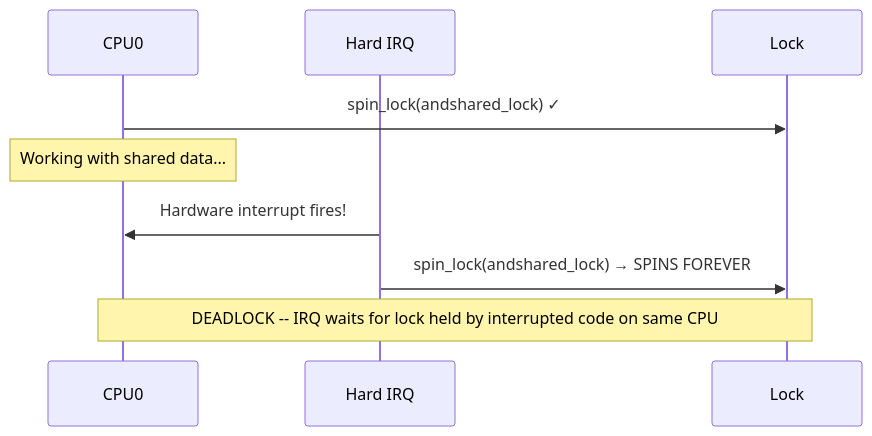
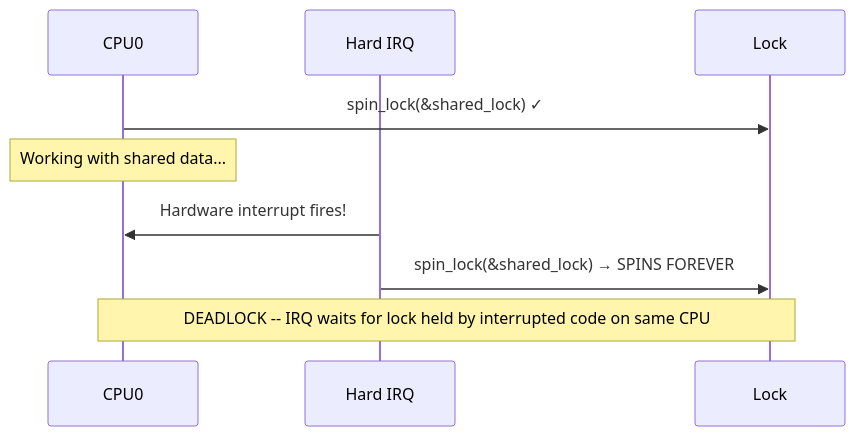
Before and after one commit to vanos001/placement_prep: the first of 4 diagrams in src/linux/kernel/sync/spinlocks.md, drawn with Mermaid. The commit also changed 10 other files, not shown here.

````diff
--- a/src/linux/kernel/sync/spinlocks.md
+++ b/src/linux/kernel/sync/spinlocks.md
@@ -90,12 +90,12 @@
 ```mermaid
 sequenceDiagram
     participant CPU0
     participant IRQ as Hard IRQ
     participant Lock
 
-    CPU0->>Lock: spin_lock(andshared_lock) ✓
+    CPU0->>Lock: spin_lock(&shared_lock) ✓
     Note over CPU0: Working with shared data...
     IRQ->>CPU0: Hardware interrupt fires!
-    IRQ->>Lock: spin_lock(andshared_lock) → SPINS FOREVER
+    IRQ->>Lock: spin_lock(&shared_lock) → SPINS FOREVER
     Note over CPU0,Lock: DEADLOCK -- IRQ waits for lock held by interrupted code on same CPU
 ```
````
